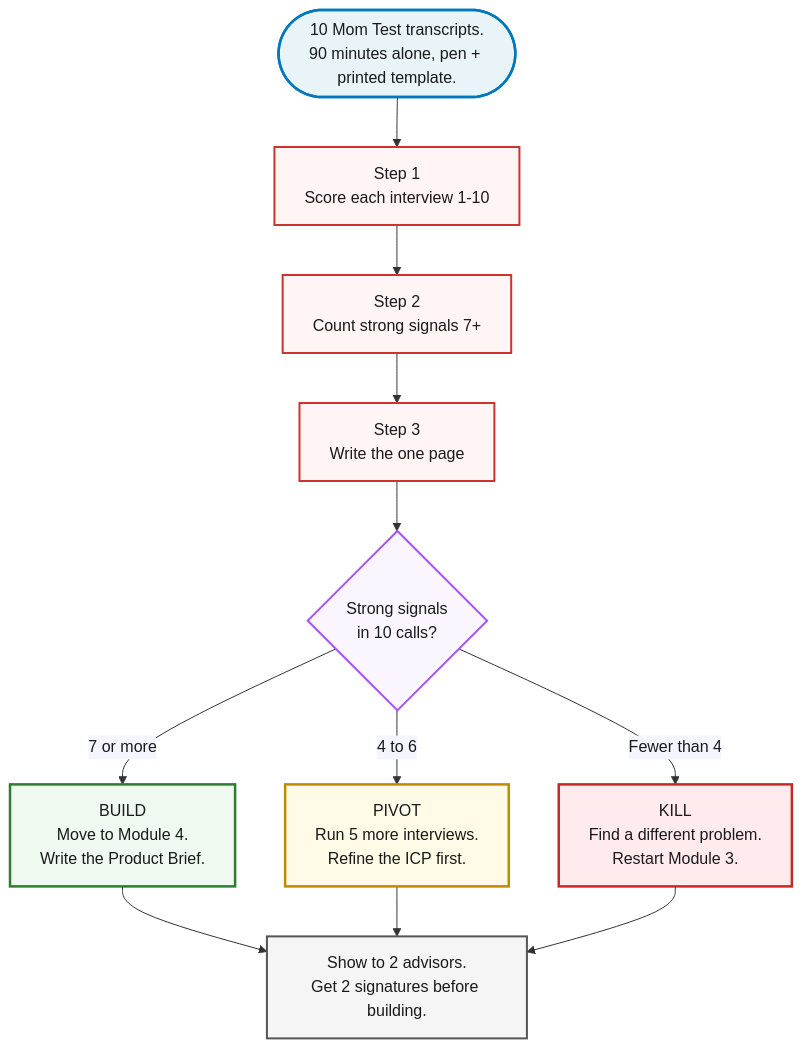
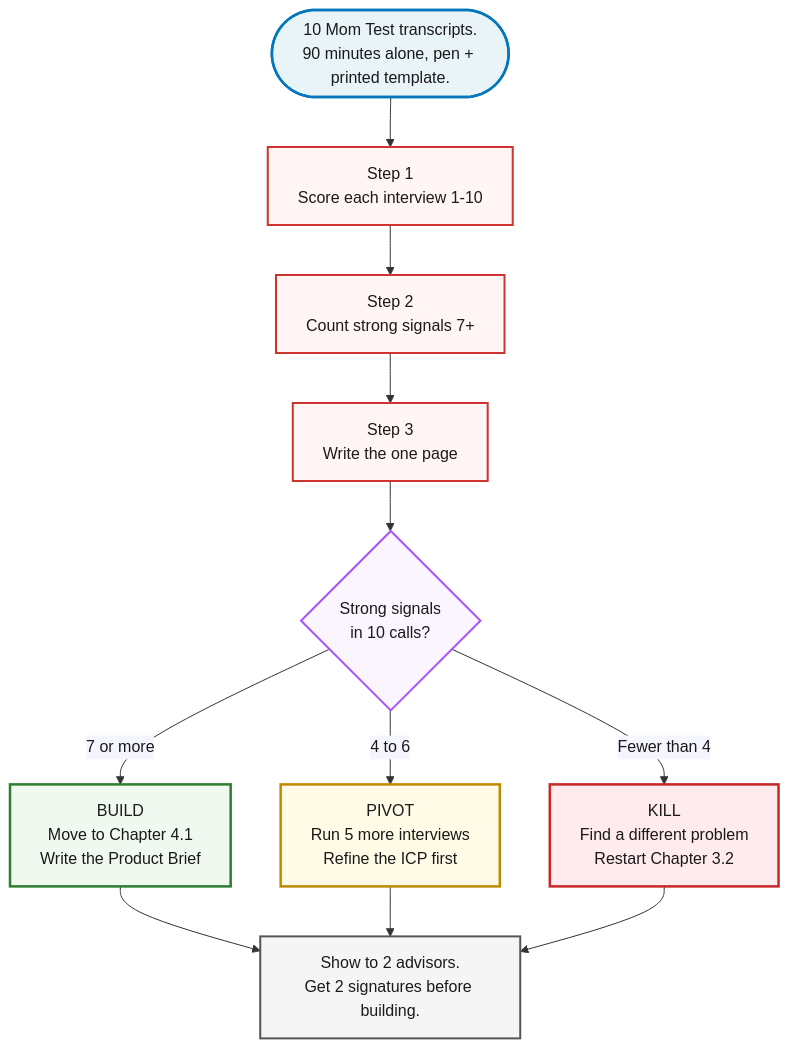
The second of 2 diagrams in content/blog/mom-test-ask-about-past-not-future/index.md (jetthoughts/jetthoughts.github.io), drawn with Mermaid before and after one commit. The commit also changed other lines of this file and 110 other files, not shown here.

````diff
--- a/content/blog/mom-test-ask-about-past-not-future/index.md
+++ b/content/blog/mom-test-ask-about-past-not-future/index.md
@@ -199,31 +175,31 @@
 ```mermaid
 %%{init: {'theme':'base', 'themeVariables': {'fontFamily':'Caveat, Patrick Hand, cursive', 'primaryColor':'#fff5f5', 'primaryBorderColor':'#cc342d', 'lineColor':'#333', 'primaryTextColor':'#1a1a1a'}}}%%
 flowchart TD
     Start(["10 Mom Test transcripts.<br/>90 minutes alone, pen + printed template."])
     Start --> S1[Step 1<br/>Score each interview 1-10]
     S1 --> S2[Step 2<br/>Count strong signals 7+]
     S2 --> S3[Step 3<br/>Write the one page]
     S3 --> S4{Strong signals<br/>in 10 calls?}
-    S4 -->|7 or more| Build[BUILD<br/>Move to Module 4.<br/>Write the Product Brief.]
-    S4 -->|4 to 6| Pivot[PIVOT<br/>Run 5 more interviews.<br/>Refine the ICP first.]
-    S4 -->|Fewer than 4| Kill[KILL<br/>Find a different problem.<br/>Restart Module 3.]
+    S4 -->|7 or more| Build[BUILD<br/>Move to Chapter 4.1<br/>Write the Product Brief]
+    S4 -->|4 to 6| Pivot[PIVOT<br/>Run 5 more interviews<br/>Refine the ICP first]
+    S4 -->|Fewer than 4| Kill[KILL<br/>Find a different problem<br/>Restart Chapter 3.2]
     Build --> Sign[Show to 2 advisors.<br/>Get 2 signatures before building.]
     Pivot --> Sign
     Kill --> Sign
 
     classDef start fill:#e8f4f8,stroke:#0277bd,stroke-width:2.5px,color:#1a1a1a
     classDef step fill:#fff5f5,stroke:#cc342d,stroke-width:2px,color:#1a1a1a
     classDef decision fill:#faf5ff,stroke:#a855f7,stroke-width:2px,color:#1a1a1a
     classDef build fill:#f0f9f0,stroke:#2e7d32,stroke-width:2.5px,color:#1a1a1a
     classDef pivot fill:#fffbe6,stroke:#bf8a00,stroke-width:2.5px,color:#1a1a1a
     classDef kill fill:#ffebee,stroke:#c62828,stroke-width:2.5px,color:#1a1a1a
     classDef sign fill:#f5f5f5,stroke:#555,stroke-width:2px,color:#1a1a1a
 
     class Start start
     class S1,S2,S3 step
     class S4 decision
     class Build build
     class Pivot pivot
     class Kill kill
     class Sign sign
 ```
````
